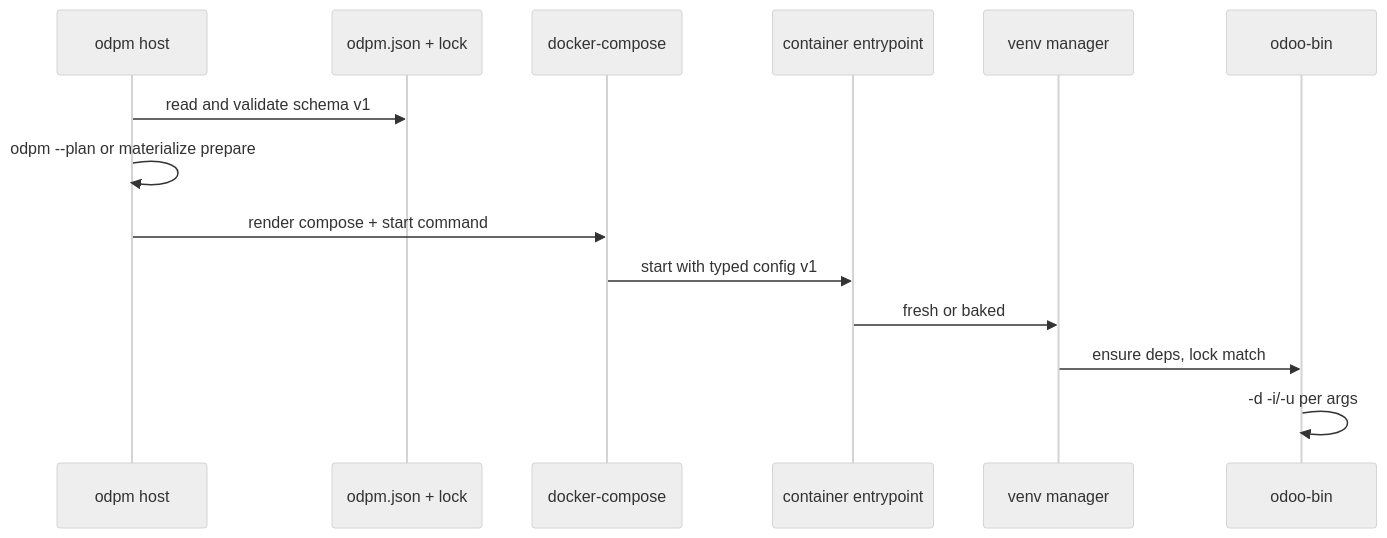
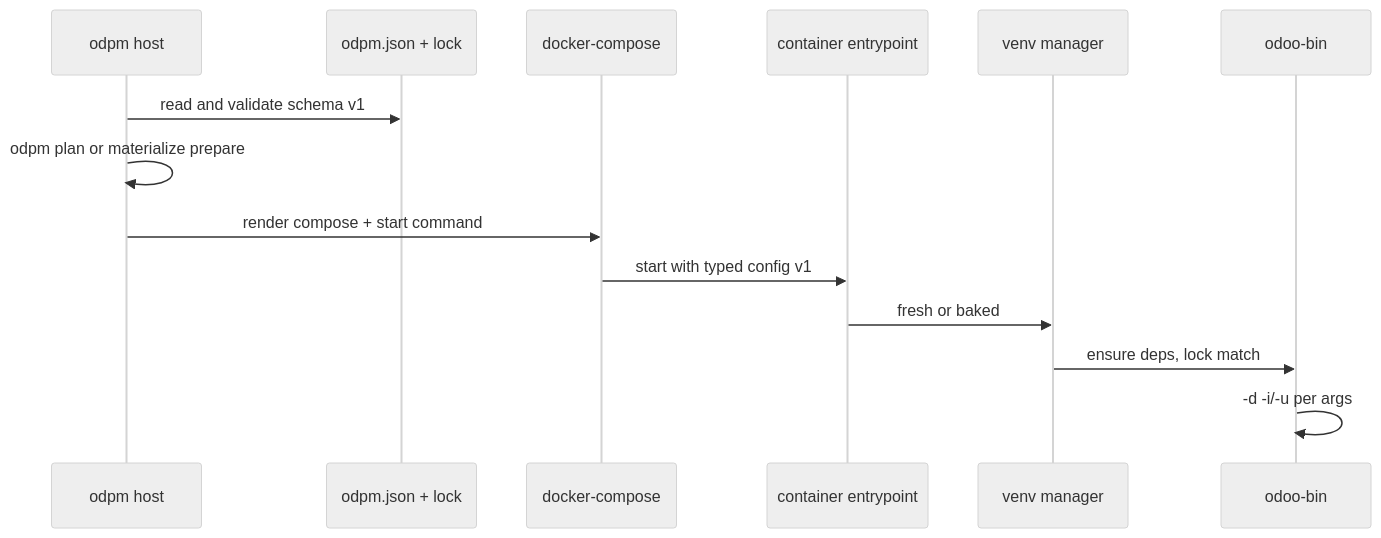
One commit to aayartsev/odpm changed the third of 7 diagrams in goals_ru.md. Above: the diagram before and after it, drawn with Mermaid (neutral theme). The commit also changed other lines of this file and 7 other files, not shown here.

First line of the commit message:
[4.0][DOCS] Document odpm plan dry-run and sync user-facing docs

````diff
--- a/goals_ru.md
+++ b/goals_ru.md
@@ -133,17 +133,17 @@
 ```mermaid
 sequenceDiagram
     participant Host as odpm host
     participant Manifest as odpm.json + lock
     participant Compose as docker-compose
     participant Entry as container entrypoint
     participant Venv as venv manager
     participant Odoo as odoo-bin
 
     Host->>Manifest: read and validate schema v1
-    Host->>Host: odpm --plan or materialize prepare
+    Host->>Host: odpm plan or materialize prepare
     Host->>Compose: render compose + start command
     Compose->>Entry: start with typed config v1
     Entry->>Venv: fresh or baked
     Venv->>Odoo: ensure deps, lock match
     Odoo->>Odoo: -d -i/-u per args
 ```
````
